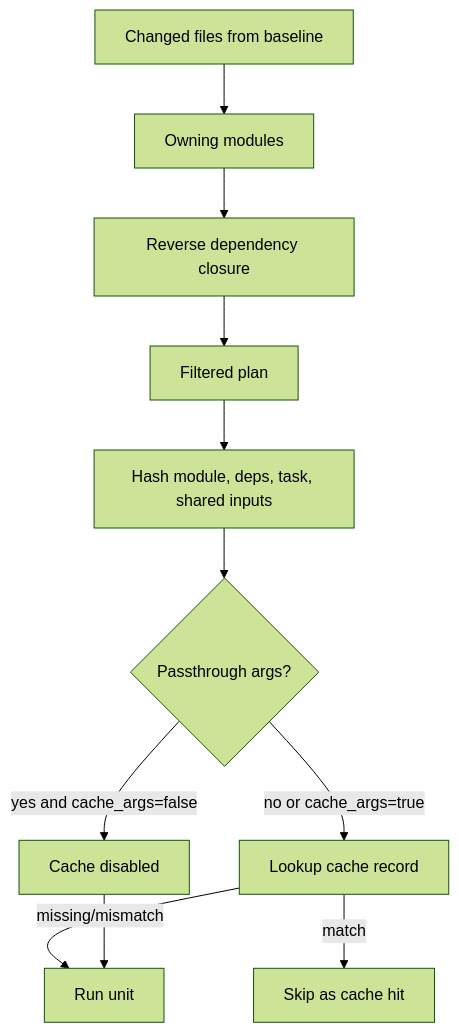
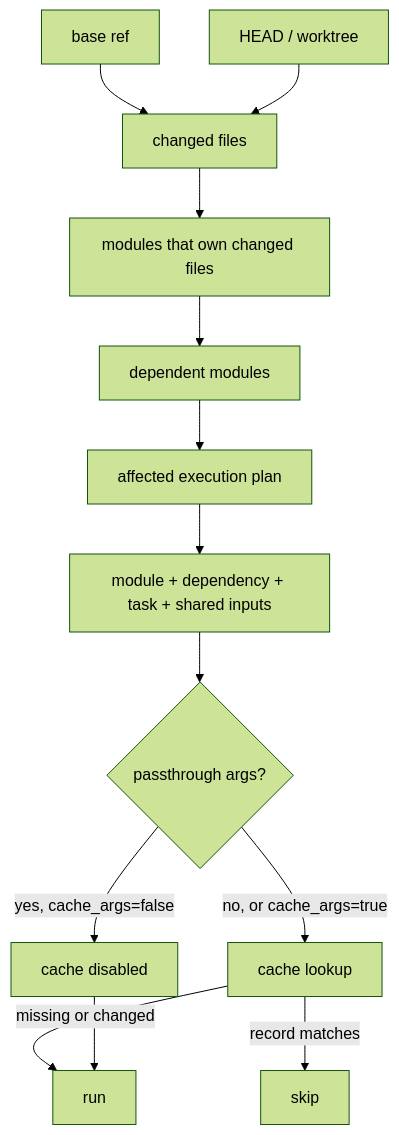
The fourth of 4 diagrams in docs/architecture.md (kbukum/toven), drawn with Mermaid (forest theme) before and after one commit. The commit also changed other lines of this file and 3 other files, not shown here.

````diff
--- a/docs/architecture.md
+++ b/docs/architecture.md
@@ -109,13 +135,16 @@
 ```mermaid
 flowchart TD
-    Changed[Changed files from baseline] --> Owners[Owning modules]
-    Owners --> Dependents[Reverse dependency closure]
-    Dependents --> Filter[Filtered plan]
-    Filter --> Inputs[Hash module, deps, task, shared inputs]
-    Inputs --> Args{Passthrough args?}
-    Args -->|yes and cache_args=false| Disabled[Cache disabled]
-    Args -->|no or cache_args=true| Lookup[Lookup cache record]
-    Lookup -->|match| Hit[Skip as cache hit]
-    Lookup -->|missing/mismatch| Miss[Run unit]
+    Base["base ref"] --> Diff["changed files"]
+    Worktree["HEAD / worktree"] --> Diff
+    Diff --> Owners["modules that own changed files"]
+    Owners --> Closure["dependent modules"]
+    Closure --> Plan["affected execution plan"]
+
+    Plan --> Inputs["module + dependency + task + shared inputs"]
+    Inputs --> Args{"passthrough args?"}
+    Args -->|"yes, cache_args=false"| Disabled["cache disabled"]
+    Args -->|"no, or cache_args=true"| Lookup["cache lookup"]
+    Lookup -->|"record matches"| Hit["skip"]
+    Lookup -->|"missing or changed"| Miss["run"]
     Disabled --> Miss
 ```
````
